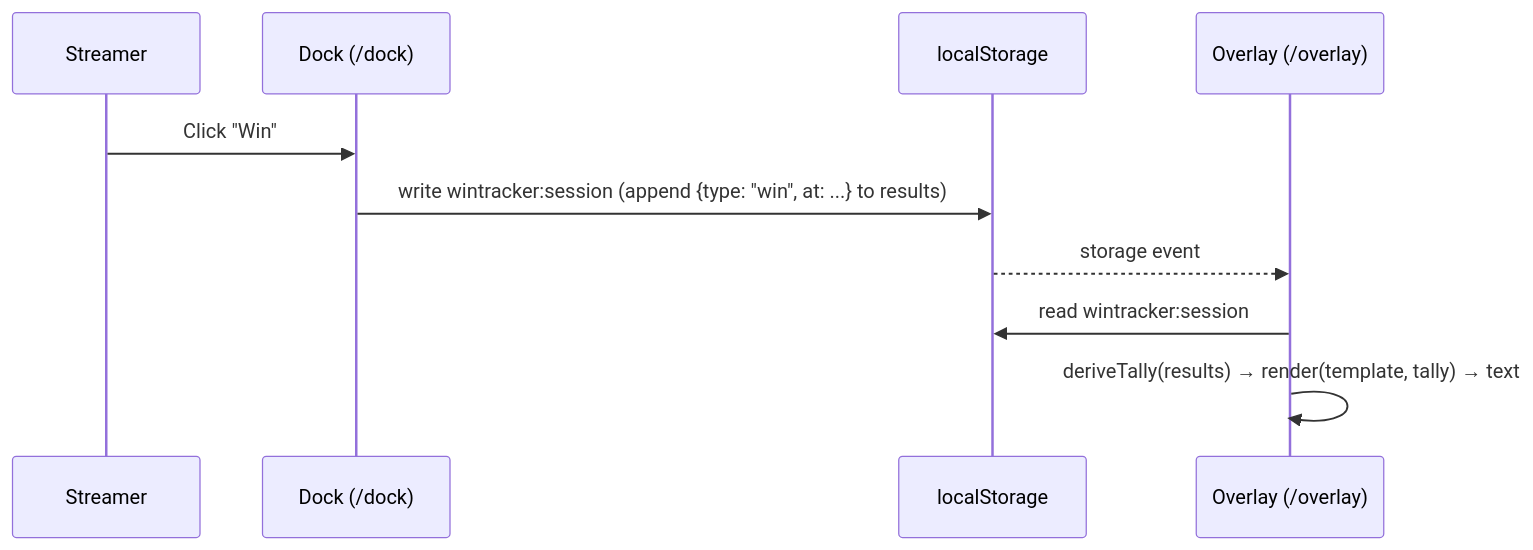
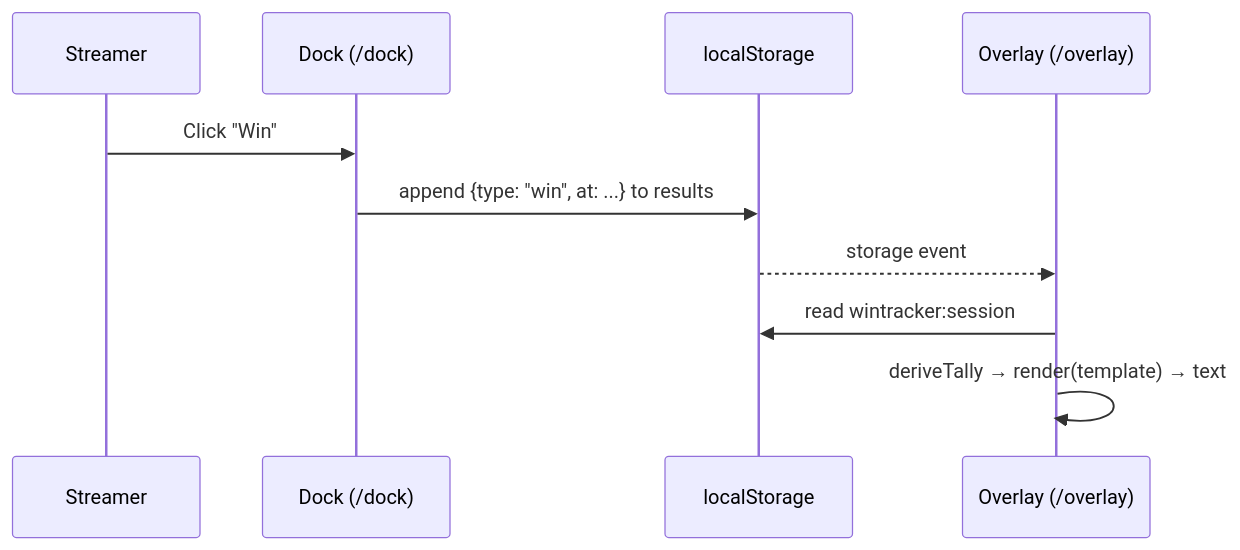
The fourth of 4 diagrams in docs/2026-08-21-EDD.md (hk0i/streakingftw), drawn with Mermaid before and after one commit. The commit also changed other lines of this file, not shown here.

Commit message:
[docs] simplify: tighten EDD prose, add diagrams for key-naming and undo

````diff
--- a/docs/2026-08-21-EDD.md
+++ b/docs/2026-08-21-EDD.md
@@ -128,13 +105,13 @@
 ```mermaid
 sequenceDiagram
     participant S as Streamer
     participant D as Dock (/dock)
     participant LS as localStorage
     participant O as Overlay (/overlay)
 
     S->>D: Click "Win"
-    D->>LS: write wintracker:session (append {type: "win", at: ...} to results)
+    D->>LS: append {type: "win", at: ...} to results
     LS-->>O: storage event
     O->>LS: read wintracker:session
-    O->>O: deriveTally(results) → render(template, tally) → text
+    O->>O: deriveTally → render(template) → text
 ```
````
